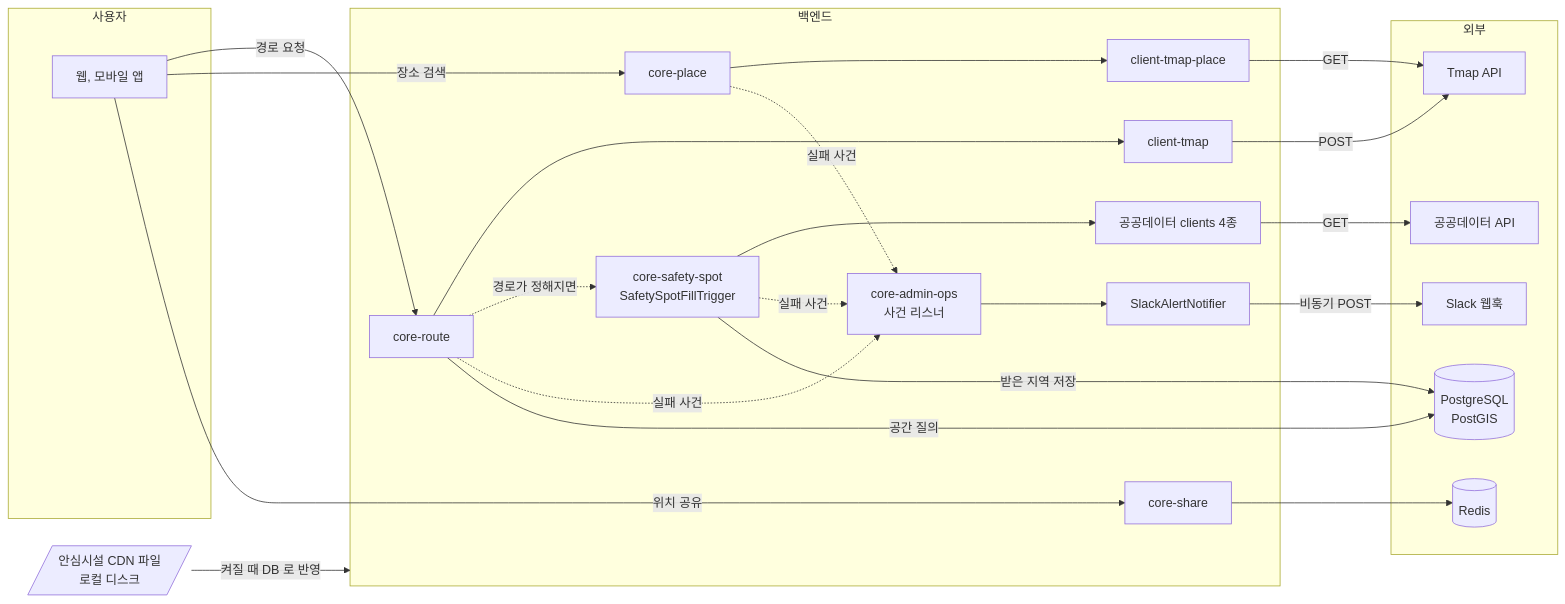
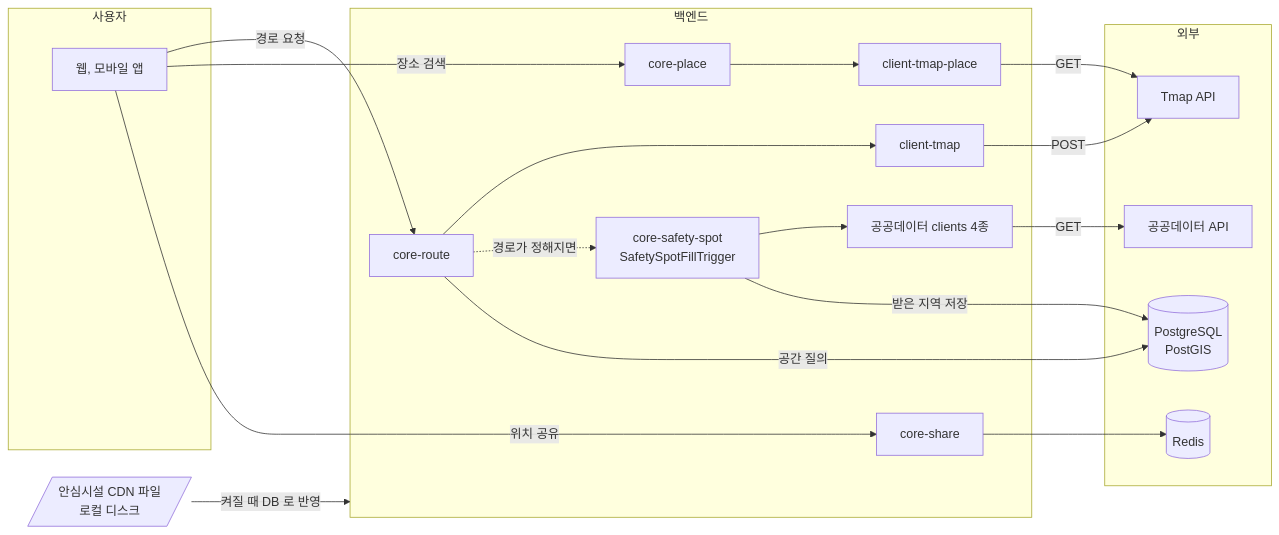
One commit to soo-ai-agent/bueongi-backend changed the first of 2 diagrams in docs/EXTERNAL_SERVICES.md. Above: the diagram before and after it, drawn with Mermaid. The commit also changed other lines of this file and 13 other files, not shown here.

````diff
--- a/docs/EXTERNAL_SERVICES.md
+++ b/docs/EXTERNAL_SERVICES.md
@@ -39,37 +39,30 @@
 ```mermaid
 flowchart LR
     subgraph 사용자
         FE[웹, 모바일 앱]
     end
     subgraph 백엔드["백엔드"]
         RC[core-route]
         PC[core-place]
         SH[core-share]
         SS[core-safety-spot<br/>SafetySpotFillTrigger]
-        OPS[core-admin-ops<br/>사건 리스너]
         TM[client-tmap]
         TP[client-tmap-place]
         PUB[공공데이터 clients 4종]
-        SN[SlackAlertNotifier]
     end
     subgraph 외부
         TMAP[Tmap API]
         GOV[공공데이터 API]
-        SLACK[Slack 웹훅]
         REDIS[(Redis)]
         PG[(PostgreSQL<br/>PostGIS)]
     end
     FILES[/안심시설 CDN 파일<br/>로컬 디스크/]
 
     FE -->|경로 요청| RC --> TM -->|POST| TMAP
     RC -. 경로가 정해지면 .-> SS --> PUB -->|GET| GOV
     FE -->|장소 검색| PC --> TP -->|GET| TMAP
     FE -->|위치 공유| SH --> REDIS
-    RC -. 실패 사건 .-> OPS
-    PC -. 실패 사건 .-> OPS
-    SS -. 실패 사건 .-> OPS
-    OPS --> SN -->|비동기 POST| SLACK
     FILES -->|켜질 때 DB 로 반영| 백엔드
     RC -->|공간 질의| PG
     SS -->|받은 지역 저장| PG
 ```
````
